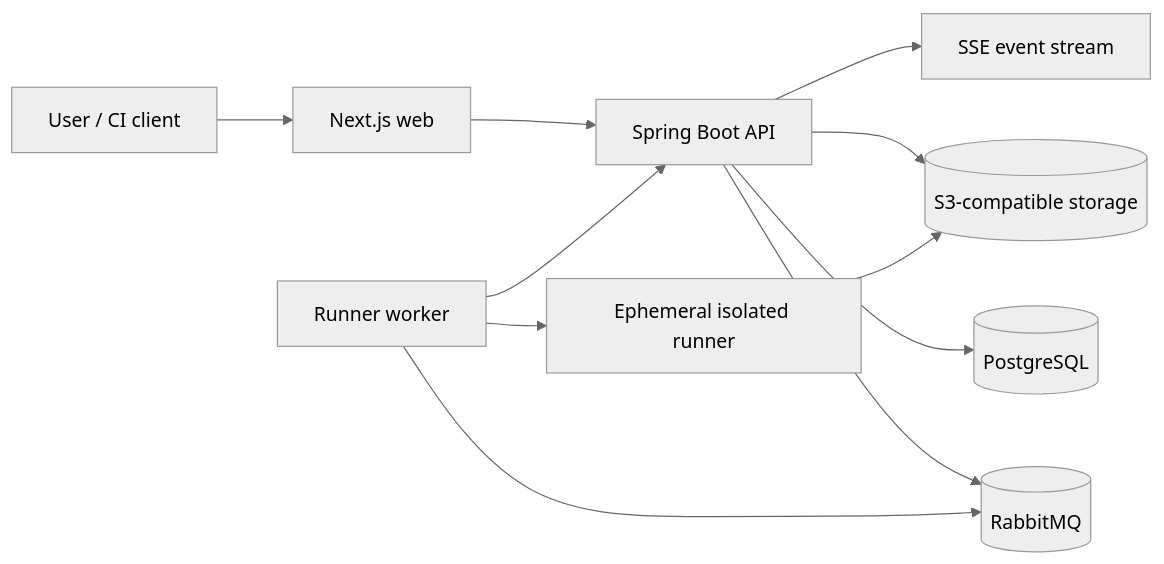
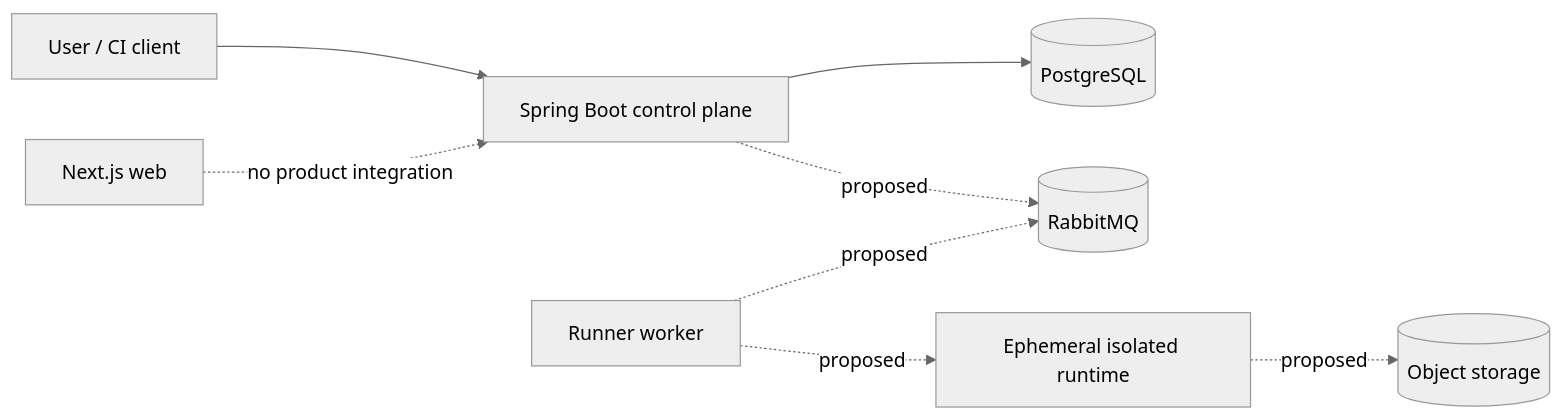
Before and after one commit to yannisyoussef/kaas: the diagram in README.md, drawn with Mermaid (neutral theme). The commit also changed other lines of this file and 144 other files, not shown here.

Commit message:
feat: establish secure control-plane foundation

````diff
--- a/README.md
+++ b/README.md
@@ -13,13 +33,10 @@
 ```mermaid
 flowchart LR
-  User[User / CI client] --> Web[Next.js web]
-  Web --> API[Spring Boot API]
+  User["User / CI client"] --> API["Spring Boot control plane"]
+  Web["Next.js web"] -. no product integration .-> API
   API --> DB[(PostgreSQL)]
-  API --> Queue[(RabbitMQ)]
-  API --> Objects[(S3-compatible storage)]
-  Worker[Runner worker] --> Queue
-  Worker --> Sandbox[Ephemeral isolated runner]
-  Sandbox --> Objects
-  Worker --> API
-  API --> SSE[SSE event stream]
+  API -. proposed .-> Queue[(RabbitMQ)]
+  Worker["Runner worker"] -. proposed .-> Queue
+  Worker -. proposed .-> Sandbox["Ephemeral isolated runtime"]
+  Sandbox -. proposed .-> Objects[(Object storage)]
 ```
````
